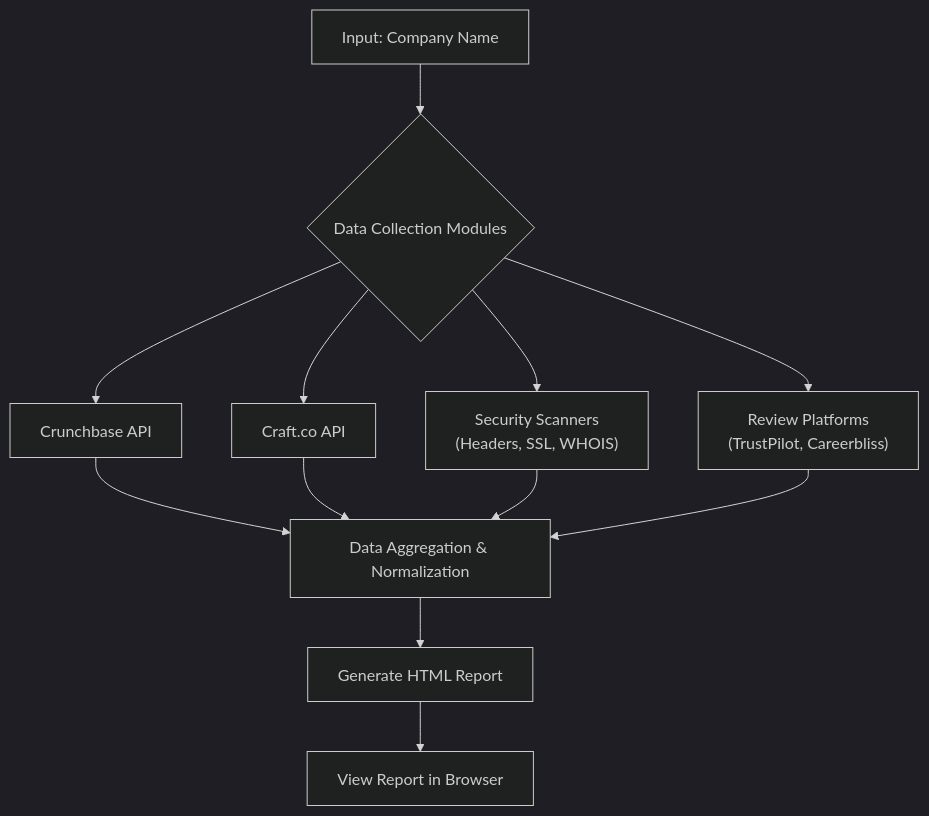
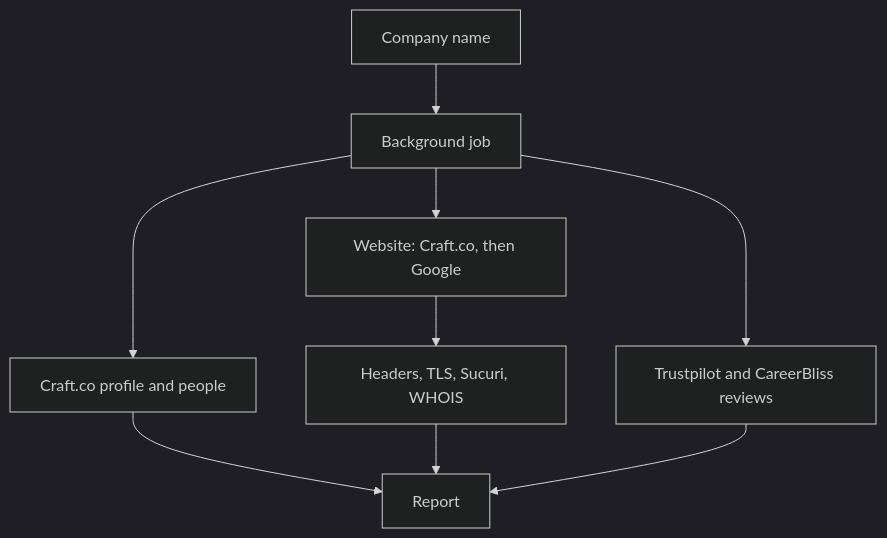
Before and after one commit to GamehunterKaan/kaangultekin.net: the diagram in _pages/projects/company-enum.md, drawn with Mermaid (dark theme). The commit also changed other lines of this file and 18 other files, not shown here.

```diff
--- a/_pages/projects/company-enum.md
+++ b/_pages/projects/company-enum.md
@@ -29,14 +53,11 @@
 <div class="mermaid">
 flowchart TB
-  A[Input: Company Name] --> B{Data Collection Modules};
-  B --> C[Crunchbase API];
-  B --> D[Craft.co API];
-  B --> E["Security Scanners <br> (Headers, SSL, WHOIS)"];
-  B --> F["Review Platforms <br> (TrustPilot, Careerbliss)"];
-  C --> G[Data Aggregation & Normalization];
-  D --> G;
-  E --> G;
-  F --> G;
-  G --> H[Generate HTML Report];
-  H --> I[View Report in Browser];
+  A[Company name] --> B[Background job]
+  B --> C[Craft.co profile and people]
+  B --> D[Website: Craft.co, then Google]
+  D --> E[Headers, TLS, Sucuri, WHOIS]
+  B --> F[Trustpilot and CareerBliss reviews]
+  C --> G[Report]
+  E --> G
+  F --> G
 </div>
```
